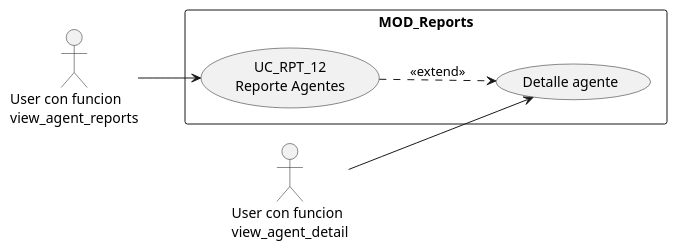
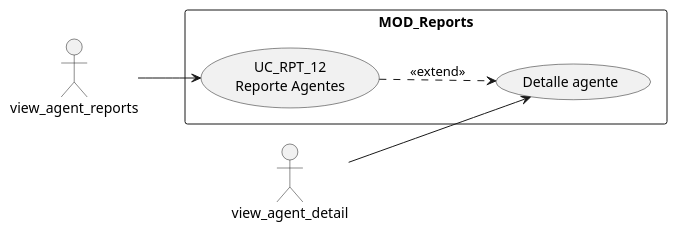
Before and after one commit to jcg-admin/IACT-docs: the first of 4 diagrams in source/requisitos/casos-uso/reports/uc-rpt-12/diagramas-uml.rst, drawn with PlantUML. The commit also changed 77 other files, not shown here.

First line of the commit message:
Enforce RBAC function names as actors in all UML diagrams

```diff
--- a/source/requisitos/casos-uso/reports/uc-rpt-12/diagramas-uml.rst
+++ b/source/requisitos/casos-uso/reports/uc-rpt-12/diagramas-uml.rst
@@ -10,14 +10,14 @@
 .. uml::
 
  @startuml
  left to right direction
- actor "User con funcion\nview_agent_reports" as USR
- actor "User con funcion\nview_agent_detail" as USRD
+ actor "view_agent_reports" as USR
+ actor "view_agent_detail" as USRD
  rectangle "MOD_Reports" {
    usecase "UC_RPT_12\nReporte Agentes" as UC12
    usecase "Detalle agente" as DET
  }
  USR --> UC12
  USRD --> DET
  UC12 ..> DET : <<extend>>
  @enduml
```
